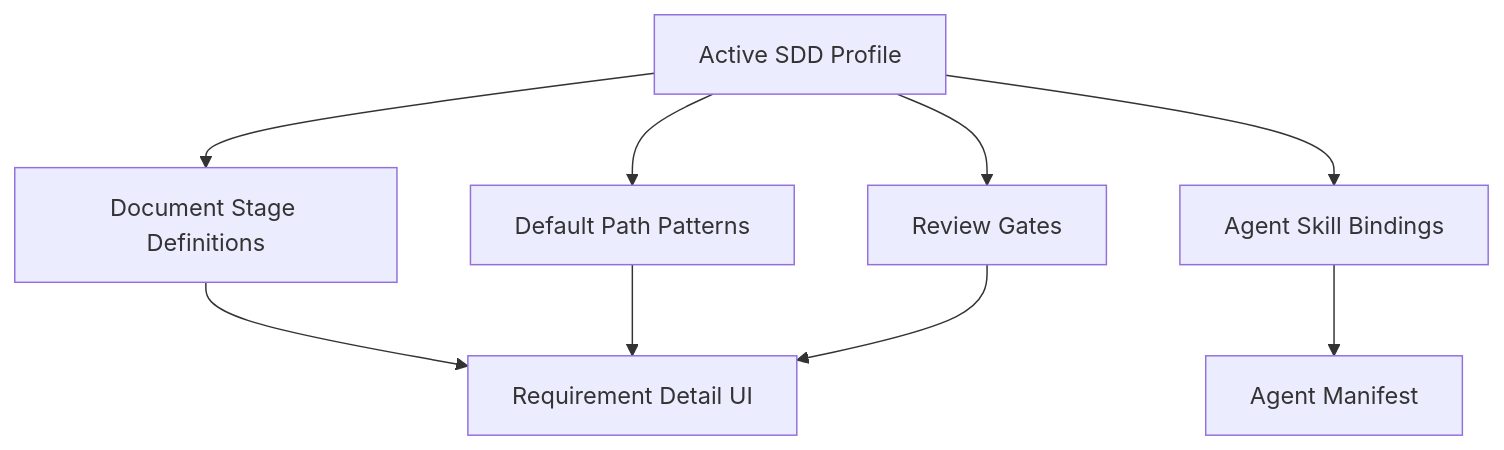
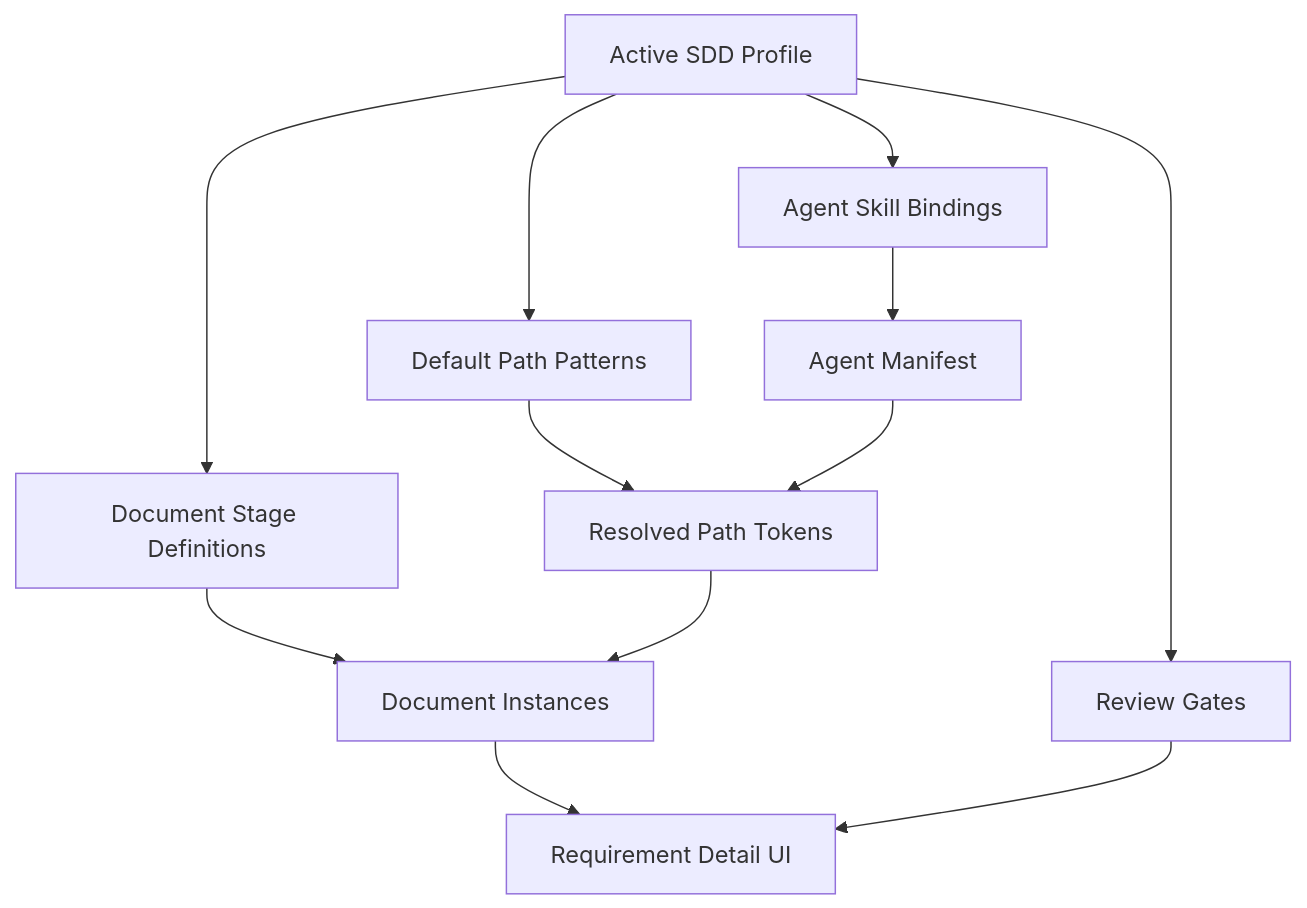
One commit to wwa-lab/Agentic-SDLC-Control-Tower changed the third of 4 diagrams in docs/04-architecture/requirement-control-plane-architecture.md. Above: the diagram before and after it, drawn with Mermaid. The commit also changed other lines of this file and 15 other files, not shown here.

````diff
--- a/docs/04-architecture/requirement-control-plane-architecture.md
+++ b/docs/04-architecture/requirement-control-plane-architecture.md
@@ -135,19 +151,24 @@
 ```mermaid
 graph TD
     Profile["Active SDD Profile"]
     Stages["Document Stage Definitions"]
     Paths["Default Path Patterns"]
     Skills["Agent Skill Bindings"]
     Gates["Review Gates"]
     UI["Requirement Detail UI"]
     Manifest["Agent Manifest"]
+    Tokens["Resolved Path Tokens"]
+    Instances["Document Instances"]
 
     Profile --> Stages
     Profile --> Paths
     Profile --> Skills
     Profile --> Gates
-    Stages --> UI
-    Paths --> UI
+    Stages --> Instances
+    Paths --> Tokens
+    Tokens --> Instances
+    Instances --> UI
     Skills --> Manifest
+    Manifest --> Tokens
     Gates --> UI
 ```
````
